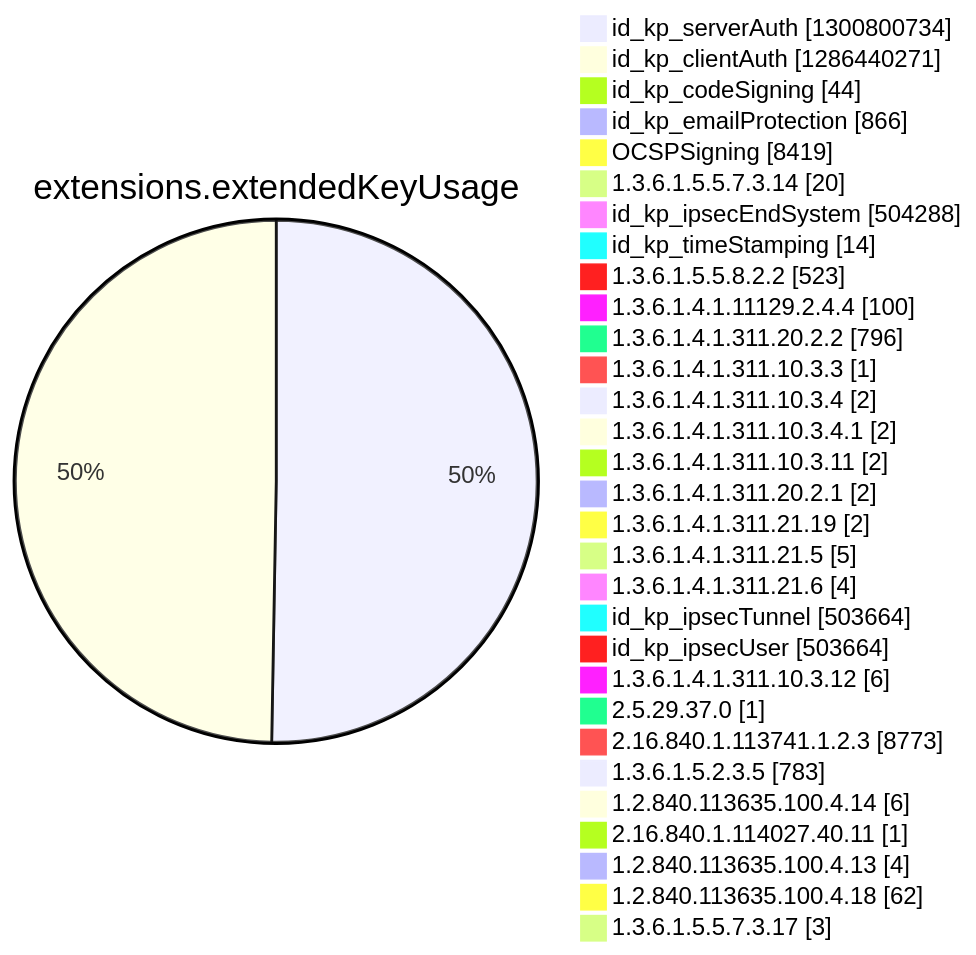
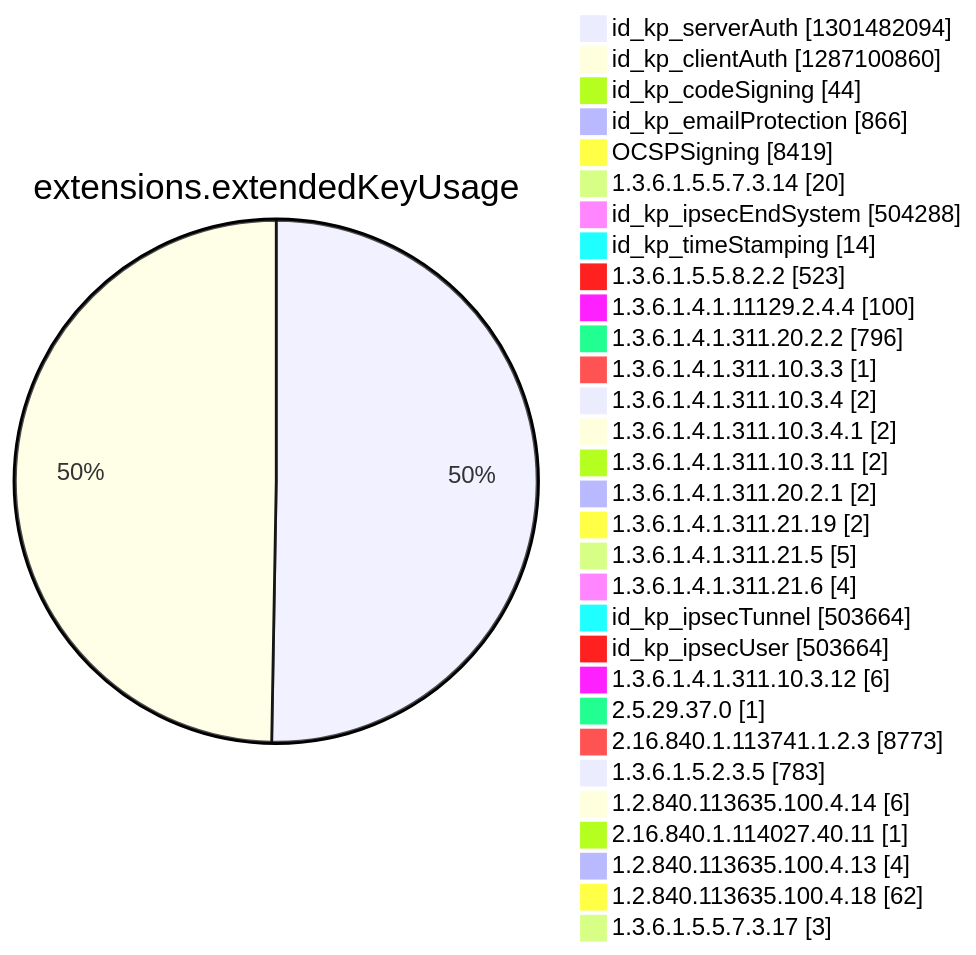
Diagram 12 of 15 in argon2022/README.md (christiankrug/ctmonitor_visualization), drawn with Mermaid before and after one commit. The commit also changed other lines of this file, not shown here.

````diff
--- a/argon2022/README.md
+++ b/argon2022/README.md
@@ -3551,34 +3551,34 @@
 ```mermaid
 pie showData
 title extensions.extendedKeyUsage
-"id_kp_serverAuth" :1300800734
-"id_kp_clientAuth" :1286440271
+"id_kp_serverAuth" :1301482094
+"id_kp_clientAuth" :1287100860
 "id_kp_codeSigning" :44
 "id_kp_emailProtection" :866
 "OCSPSigning" :8419
 "1.3.6.1.5.5.7.3.14" :20
 "id_kp_ipsecEndSystem" :504288
 "id_kp_timeStamping" :14
 "1.3.6.1.5.5.8.2.2" :523
 "1.3.6.1.4.1.11129.2.4.4" :100
 "1.3.6.1.4.1.311.20.2.2" :796
 "1.3.6.1.4.1.311.10.3.3" :1
 "1.3.6.1.4.1.311.10.3.4" :2
 "1.3.6.1.4.1.311.10.3.4.1" :2
 "1.3.6.1.4.1.311.10.3.11" :2
 "1.3.6.1.4.1.311.20.2.1" :2
 "1.3.6.1.4.1.311.21.19" :2
 "1.3.6.1.4.1.311.21.5" :5
 "1.3.6.1.4.1.311.21.6" :4
 "id_kp_ipsecTunnel" :503664
 "id_kp_ipsecUser" :503664
 "1.3.6.1.4.1.311.10.3.12" :6
 "2.5.29.37.0" :1
 "2.16.840.1.113741.1.2.3" :8773
 "1.3.6.1.5.2.3.5" :783
 "1.2.840.113635.100.4.14" :6
 "2.16.840.1.114027.40.11" :1
 "1.2.840.113635.100.4.13" :4
 "1.2.840.113635.100.4.18" :62
 "1.3.6.1.5.5.7.3.17" :3
 ```
````
